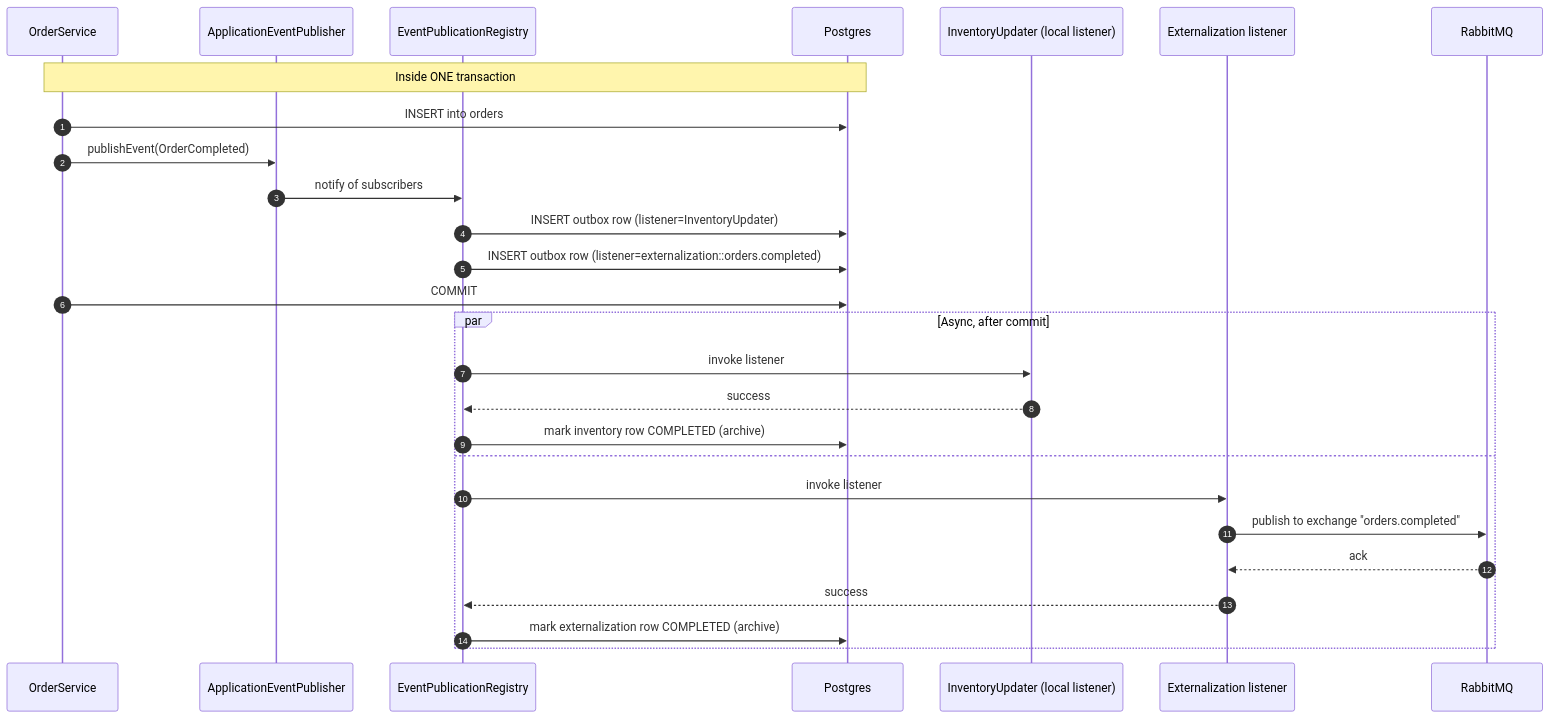
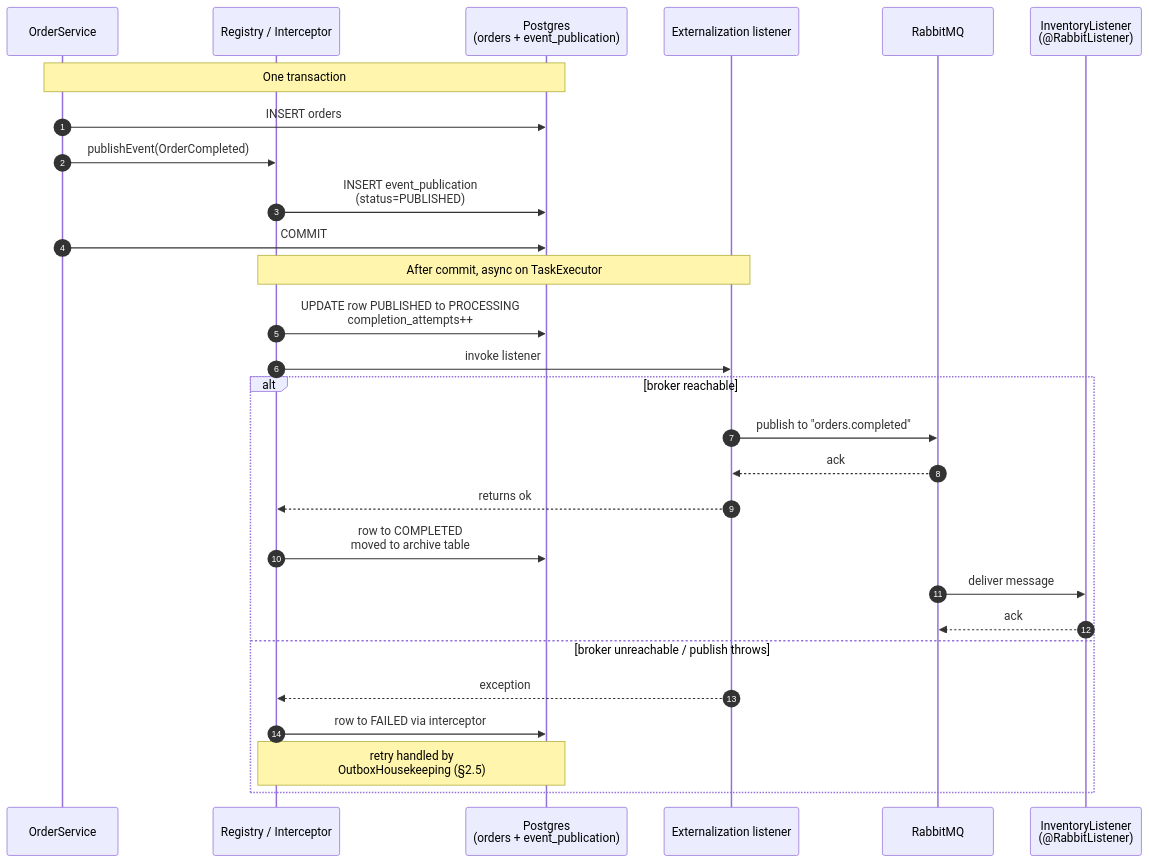
The second of 7 diagrams in jspring-modulith-outbox/modulith-outbox.md (ashakirin/springboot), drawn with Mermaid before and after one commit. The commit also changed other lines of this file and 2 other files, not shown here.

Commit message:
Updated to real RabbitMQ listener

````diff
--- a/jspring-modulith-outbox/modulith-outbox.md
+++ b/jspring-modulith-outbox/modulith-outbox.md
@@ -80,31 +89,32 @@
 ```mermaid
 sequenceDiagram
     autonumber
     participant App as OrderService
-    participant Pub as ApplicationEventPublisher
-    participant Reg as EventPublicationRegistry
-    participant DB as Postgres
-    participant Inv as InventoryUpdater (local listener)
+    participant Reg as Registry / Interceptor
+    participant DB as Postgres<br/>(orders + event_publication)
     participant Ext as Externalization listener
     participant Rabbit as RabbitMQ
+    participant Inv as InventoryListener<br/>(@RabbitListener)
 
-    Note over App,DB: Inside ONE transaction
-    App->>DB: INSERT into orders
-    App->>Pub: publishEvent(OrderCompleted)
-    Pub->>Reg: notify of subscribers
-    Reg->>DB: INSERT outbox row (listener=InventoryUpdater)
-    Reg->>DB: INSERT outbox row (listener=externalization::orders.completed)
+    Note over App,DB: One transaction
+    App->>DB: INSERT orders
+    App->>Reg: publishEvent(OrderCompleted)
+    Reg->>DB: INSERT event_publication<br/>(status=PUBLISHED)
     App->>DB: COMMIT
 
-    par Async, after commit
-        Reg->>Inv: invoke listener
-        Inv-->>Reg: success
-        Reg->>DB: mark inventory row COMPLETED (archive)
-    and
-        Reg->>Ext: invoke listener
-        Ext->>Rabbit: publish to exchange "orders.completed"
+    Note over Reg,Ext: After commit, async on TaskExecutor
+    Reg->>DB: UPDATE row PUBLISHED to PROCESSING<br/>completion_attempts++
+    Reg->>Ext: invoke listener
+    alt broker reachable
+        Ext->>Rabbit: publish to "orders.completed"
         Rabbit-->>Ext: ack
-        Ext-->>Reg: success
-        Reg->>DB: mark externalization row COMPLETED (archive)
+        Ext-->>Reg: returns ok
+        Reg->>DB: row to COMPLETED<br/>moved to archive table
+        Rabbit->>Inv: deliver message
+        Inv-->>Rabbit: ack
+    else broker unreachable / publish throws
+        Ext-->>Reg: exception
+        Reg->>DB: row to FAILED via interceptor
+        Note over Reg,DB: retry handled by<br/>OutboxHousekeeping (§2.5)
     end
 ```
````
